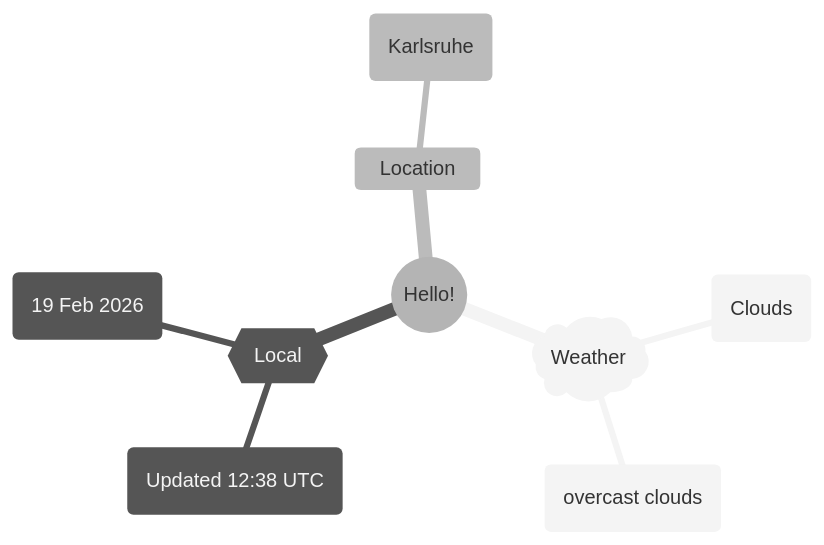
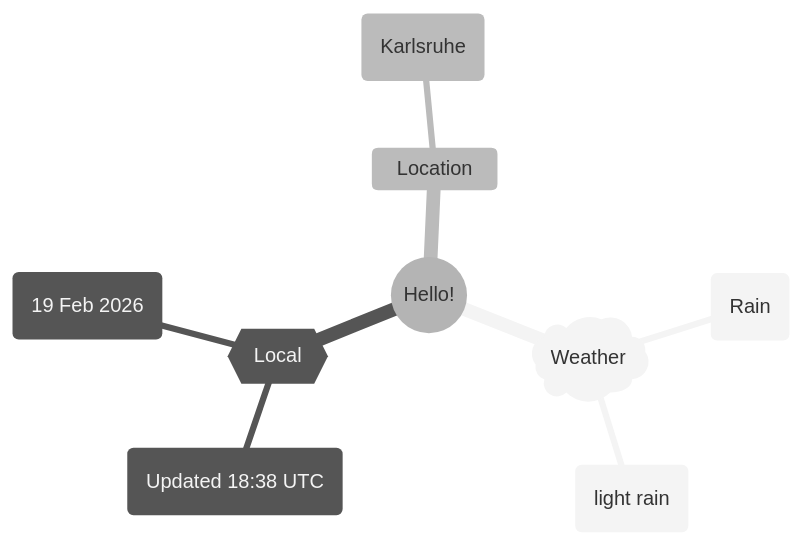
The first of 2 diagrams in README.md (Xosrov/Xosrov), drawn with Mermaid (neutral theme) before and after one commit.

Commit message:
[bot] updated images

````diff
--- a/README.md
+++ b/README.md
@@ -3,12 +3,12 @@
 ```mermaid
 mindmap
   root((Hello!))
     )Weather(
-        (Clouds)
-        (overcast clouds)
+        (Rain)
+        (light rain)
     {{Local}}
-        (Updated 12:38 UTC)
+        (Updated 18:38 UTC)
         (19 Feb 2026)
     Location
         (Karlsruhe)
 ```
````
